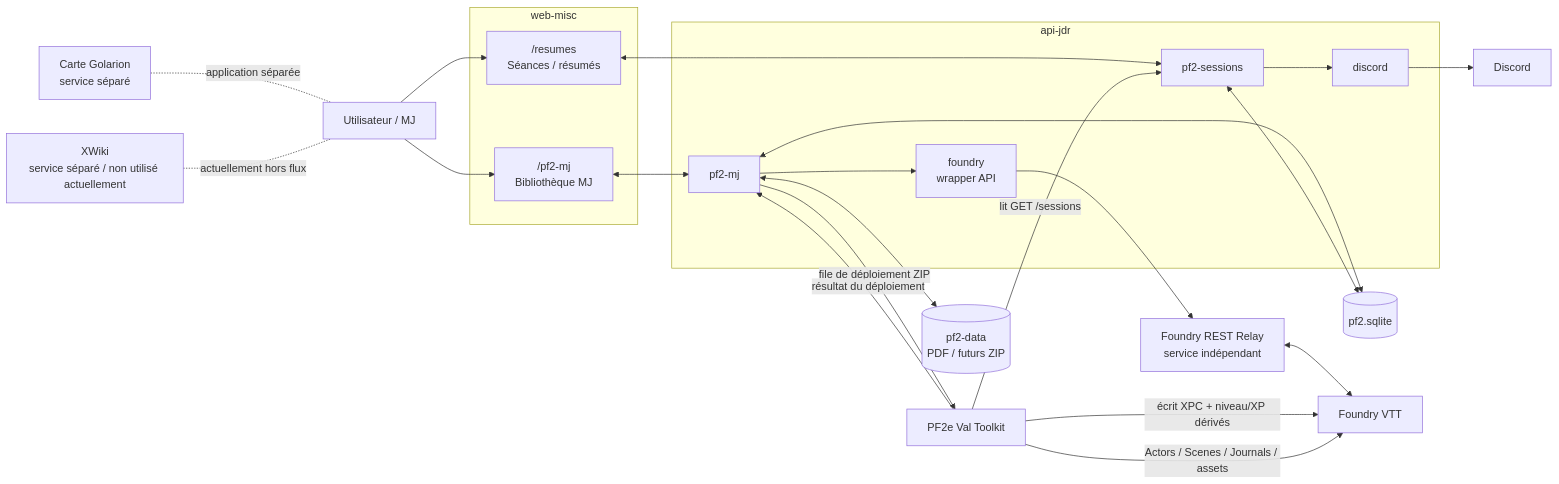
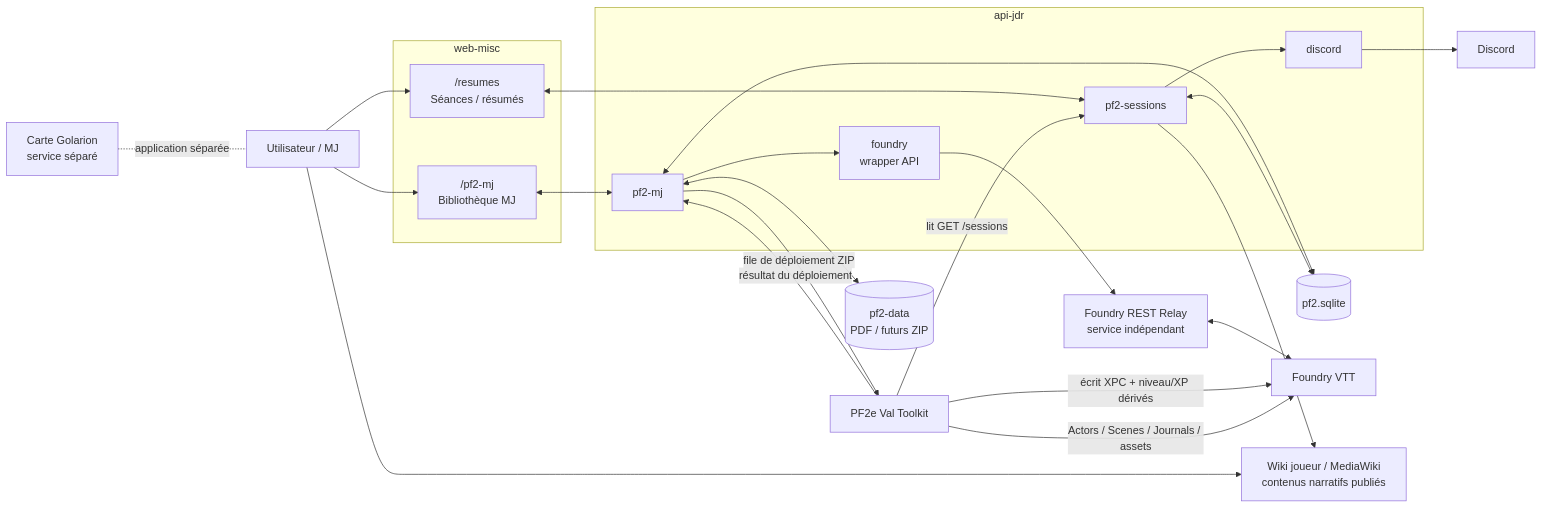
Before and after one commit to ValerianGuivarch/lsr-nestjs-backend: the diagram in RECAP.md, drawn with Mermaid. The commit also changed other lines of this file, not shown here.

Commit message:
docs(pf2): refresh current architecture

````diff
--- a/RECAP.md
+++ b/RECAP.md
@@ -45,53 +45,54 @@
 ```mermaid
 flowchart LR
     U[Utilisateur / MJ]
 
     subgraph WEB["web-misc"]
         MJ["/pf2-mj\nBibliothèque MJ"]
         RES["/resumes\nSéances / résumés"]
     end
 
     subgraph API["api-jdr"]
         APIMJ["pf2-mj"]
         SESS["pf2-sessions"]
         FWRAP["foundry\nwrapper API"]
         DISC["discord"]
     end
 
     DB[("pf2.sqlite")]
     LIB[("pf2-data\nPDF / futurs ZIP")]
     RELAY["Foundry REST Relay\nservice indépendant"]
     FOUNDRY["Foundry VTT"]
     TOOLKIT["PF2e Val Toolkit"]
     DISCORD["Discord"]
     MAP["Carte Golarion\nservice séparé"]
-    WIKI["XWiki\nservice séparé / non utilisé actuellement"]
+    WIKI["Wiki joueur / MediaWiki\ncontenus narratifs publiés"]
 
     U --> MJ
     U --> RES
 
     MJ <--> APIMJ
     RES <--> SESS
 
     APIMJ <--> DB
     SESS <--> DB
 
     APIMJ <--> LIB
 
     APIMJ --> FWRAP
     SESS --> DISC
     DISC --> DISCORD
 
     FWRAP --> RELAY
     RELAY <--> FOUNDRY
 
     TOOLKIT -->|lit GET /sessions| SESS
     TOOLKIT -->|écrit XPC + niveau/XP dérivés| FOUNDRY
 
     APIMJ -->|file de déploiement ZIP| TOOLKIT
     TOOLKIT -->|Actors / Scenes / Journals / assets| FOUNDRY
     TOOLKIT -->|résultat du déploiement| APIMJ
 
     MAP -. application séparée .- U
-    WIKI -. actuellement hors flux .- U
+    SESS --> WIKI
+    U --> WIKI
 ```
````
